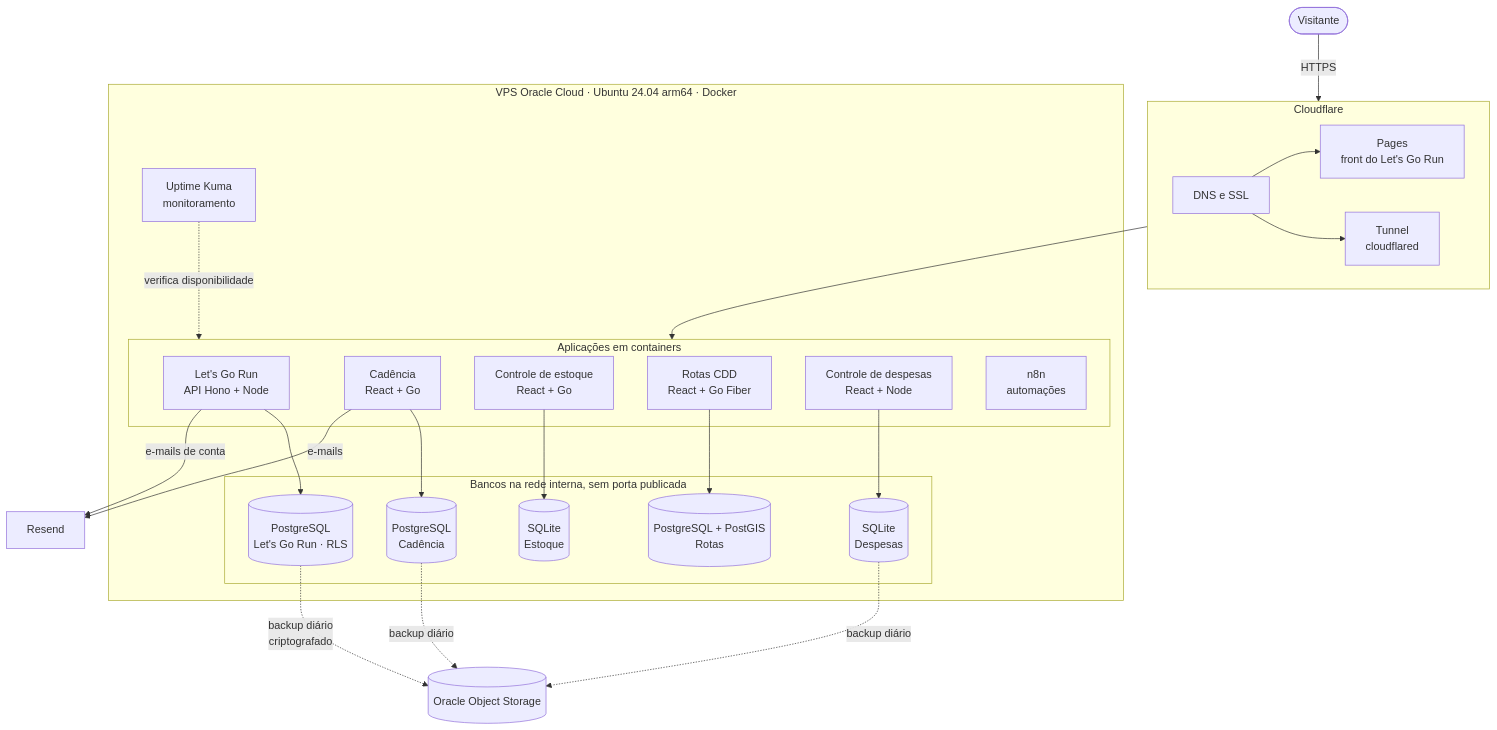
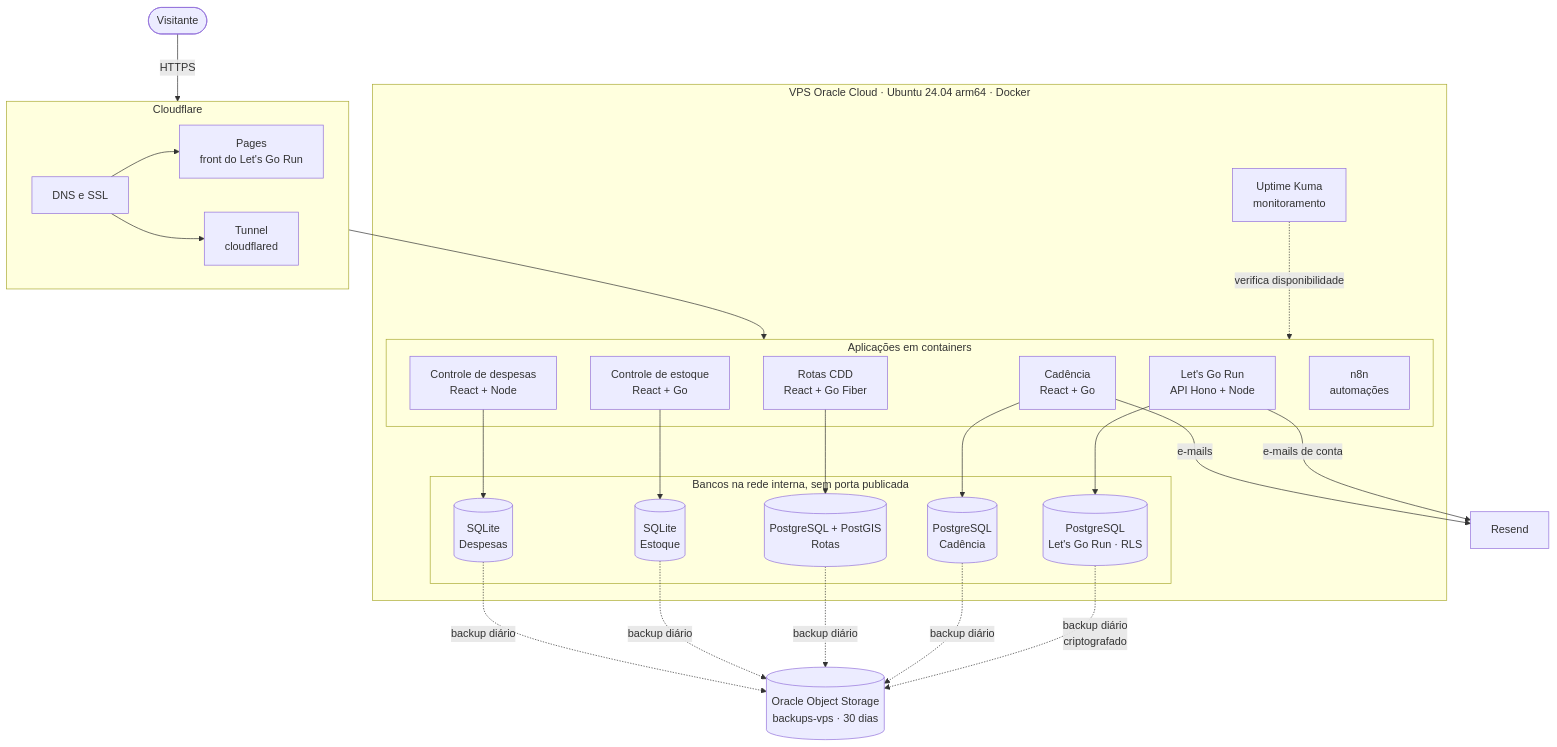
The diagram in README.md (Saulorangel87/Saulorangel87), drawn with Mermaid before and after one commit. The commit also changed other lines of this file, not shown here.

Commit message:
docs: diagrama mostra o backup de todas as aplicações e o bucket compartilhado

````diff
--- a/README.md
+++ b/README.md
@@ -104,47 +104,49 @@
 ```mermaid
 flowchart TB
   U([Visitante]) -->|HTTPS| CF
 
   subgraph CF[Cloudflare]
     direction LR
     EDGE[DNS e SSL]
     PAGES[Pages<br/>front do Let's Go Run]
     TUN[Tunnel<br/>cloudflared]
   end
 
   EDGE --> PAGES
   EDGE --> TUN
   TUN --> APPS
 
   subgraph VPS[VPS Oracle Cloud · Ubuntu 24.04 arm64 · Docker]
     subgraph APPS[Aplicações em containers]
       LGR[Let's Go Run<br/>API Hono + Node]
       CAD[Cadência<br/>React + Go]
       EST[Controle de estoque<br/>React + Go]
       ROT[Rotas CDD<br/>React + Go Fiber]
       DES[Controle de despesas<br/>React + Node]
       N8N[n8n<br/>automações]
     end
     subgraph DATA[Bancos na rede interna, sem porta publicada]
       PG1[(PostgreSQL<br/>Let's Go Run · RLS)]
       PG2[(PostgreSQL<br/>Cadência)]
       PG3[(PostgreSQL + PostGIS<br/>Rotas)]
       SQ1[(SQLite<br/>Estoque)]
       SQ2[(SQLite<br/>Despesas)]
     end
     KUMA[Uptime Kuma<br/>monitoramento]
   end
 
   LGR --> PG1
   CAD --> PG2
   ROT --> PG3
   EST --> SQ1
   DES --> SQ2
 
   LGR -->|e-mails de conta| RS[Resend]
   CAD -->|e-mails| RS
   KUMA -.->|verifica disponibilidade| APPS
-  PG1 -.->|backup diário<br/>criptografado| BK[(Oracle Object Storage)]
+  PG1 -.->|backup diário<br/>criptografado| BK[(Oracle Object Storage<br/>backups-vps · 30 dias)]
   PG2 -.->|backup diário| BK
+  PG3 -.->|backup diário| BK
+  SQ1 -.->|backup diário| BK
   SQ2 -.->|backup diário| BK
 ```
````
